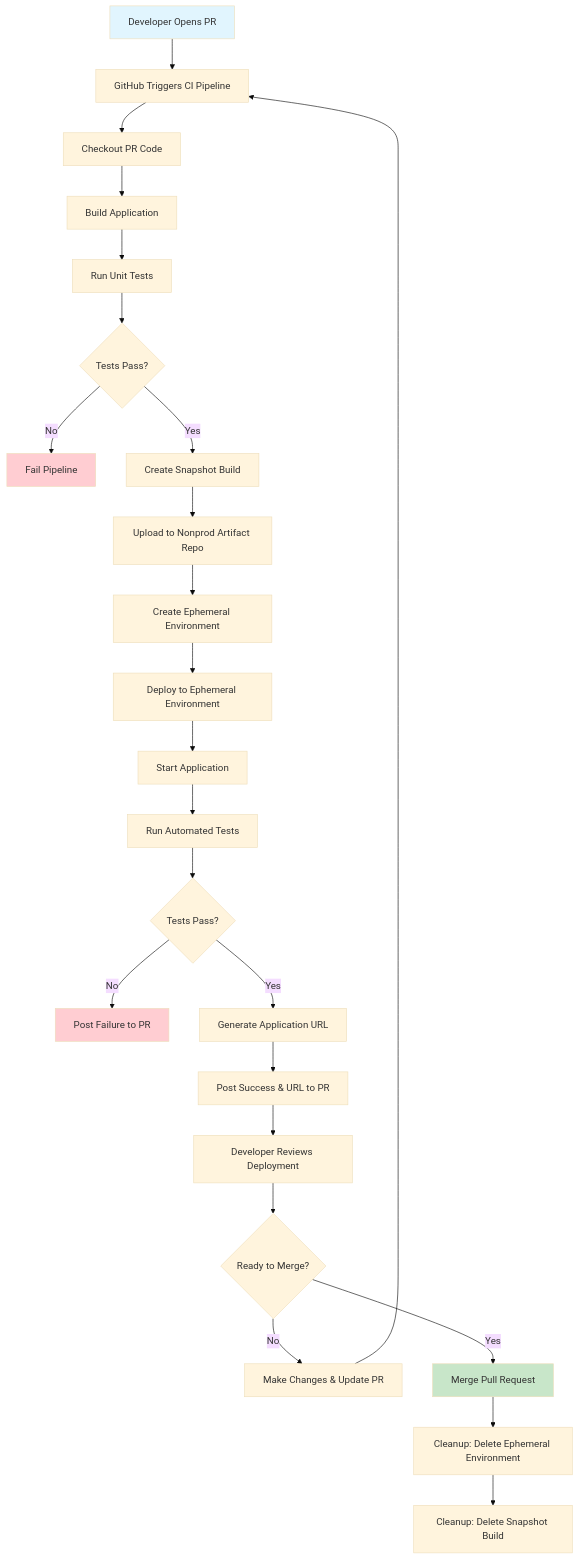
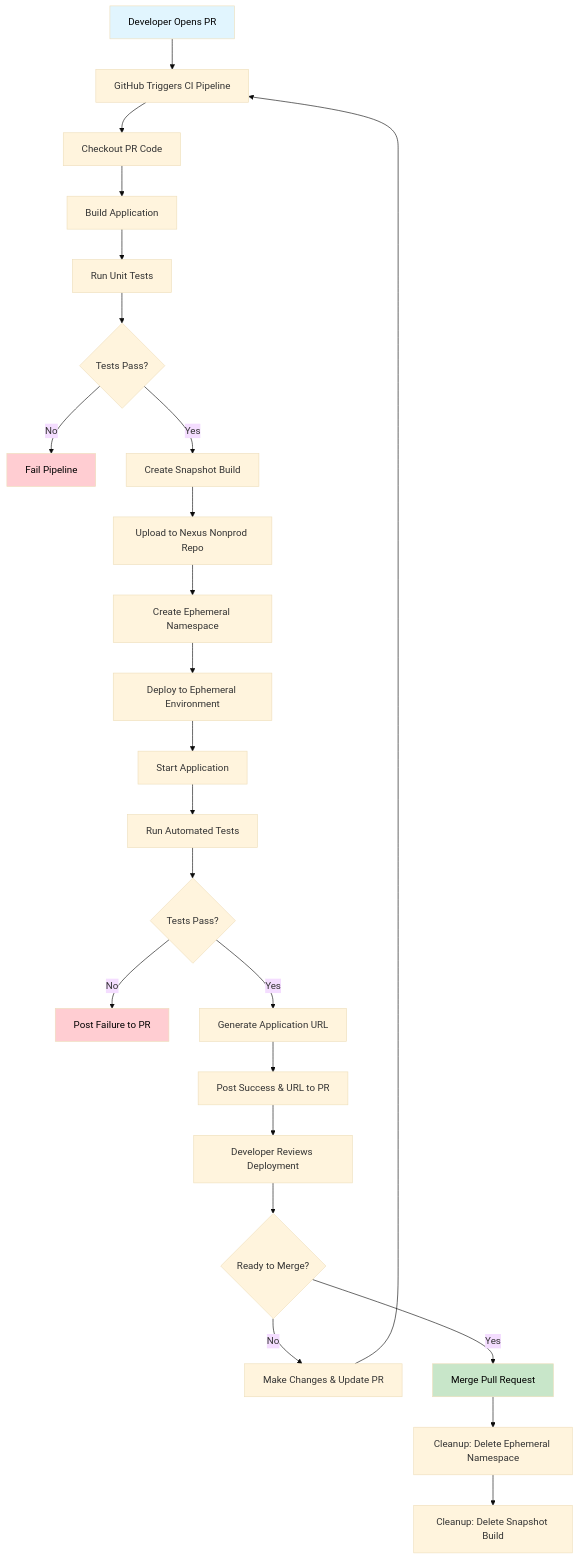
One commit to cdkovacs/gi-pov changed the first of 5 diagrams in deployment-flow.md. Above: the diagram before and after it, drawn with Mermaid (base theme). The commit also changed other lines of this file, not shown here.

Commit message:
Cleaned up flow diagram color contrast

````diff
--- a/deployment-flow.md
+++ b/deployment-flow.md
@@ -5,32 +5,32 @@
 ```mermaid
 flowchart TD
 
     A[Developer Opens PR] --> B[GitHub Triggers CI Pipeline]
     B --> C[Checkout PR Code]
     C --> D[Build Application]
     D --> E[Run Unit Tests]
     E --> F{Tests Pass?}
     F -->|No| G[Fail Pipeline]
     F -->|Yes| H[Create Snapshot Build]
-    H --> I[Upload to Nonprod Artifact Repo]
-    I --> J[Create Ephemeral Environment]
+    H --> I[Upload to Nexus Nonprod Repo]
+    I --> J[Create Ephemeral Namespace]
     J --> K[Deploy to Ephemeral Environment]
     K --> L[Start Application]
     L --> M[Run Automated Tests]
     M --> N{Tests Pass?}
     N -->|No| O[Post Failure to PR]
     N -->|Yes| P[Generate Application URL]
     P --> Q[Post Success & URL to PR]
     Q --> R[Developer Reviews Deployment]
     R --> S{Ready to Merge?}
     S -->|No| T[Make Changes & Update PR]
     T --> B
     S -->|Yes| U[Merge Pull Request]
-    U --> V[Cleanup: Delete Ephemeral Environment]
+    U --> V[Cleanup: Delete Ephemeral Namespace]
     V --> W[Cleanup: Delete Snapshot Build]
     
-    style A fill:#e1f5fe
-    style U fill:#c8e6c9
-    style G fill:#ffcdd2
-    style O fill:#ffcdd2
+    style A fill:#e1f5fe,color:#000000
+    style U fill:#c8e6c9,color:#000000
+    style G fill:#ffcdd2,color:#000000
+    style O fill:#ffcdd2,color:#000000
 ```
````
